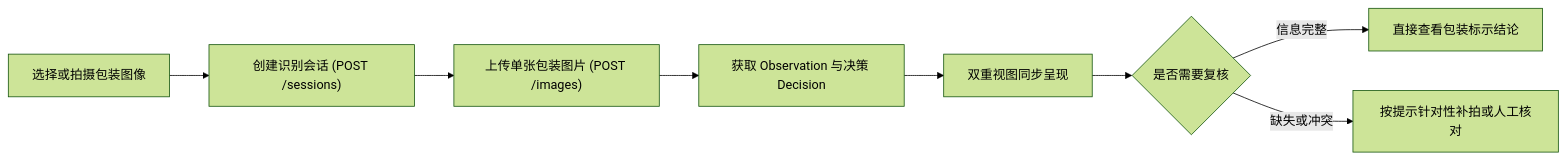
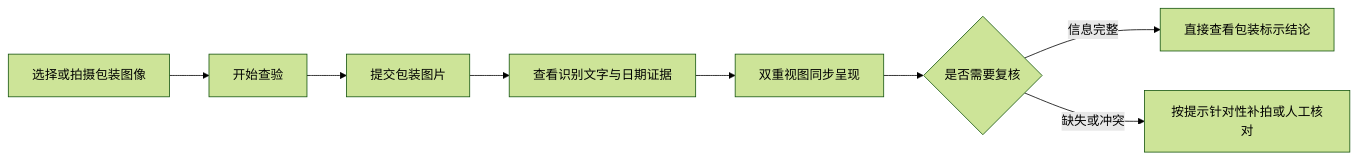
Before and after one commit to QingMouFoodDate/WebClient: the first of 2 diagrams in README.md, drawn with Mermaid (forest theme). The commit also changed other lines of this file, not shown here.

````diff
--- a/README.md
+++ b/README.md
@@ -39,10 +39,10 @@
 ```mermaid
 flowchart LR
-    A["选择或拍摄包装图像"] --> B["创建识别会话 (POST /sessions)"]
-    B --> C["上传单张包装图片 (POST /images)"]
-    C --> D["获取 Observation 与决策 Decision"]
+    A["选择或拍摄包装图像"] --> B["开始查验"]
+    B --> C["提交包装图片"]
+    C --> D["查看识别文字与日期证据"]
     D --> E["双重视图同步呈现"]
     E --> F{"是否需要复核"}
     F -->|信息完整| G["直接查看包装标示结论"]
     F -->|缺失或冲突| H["按提示针对性补拍或人工核对"]
 ```
````
